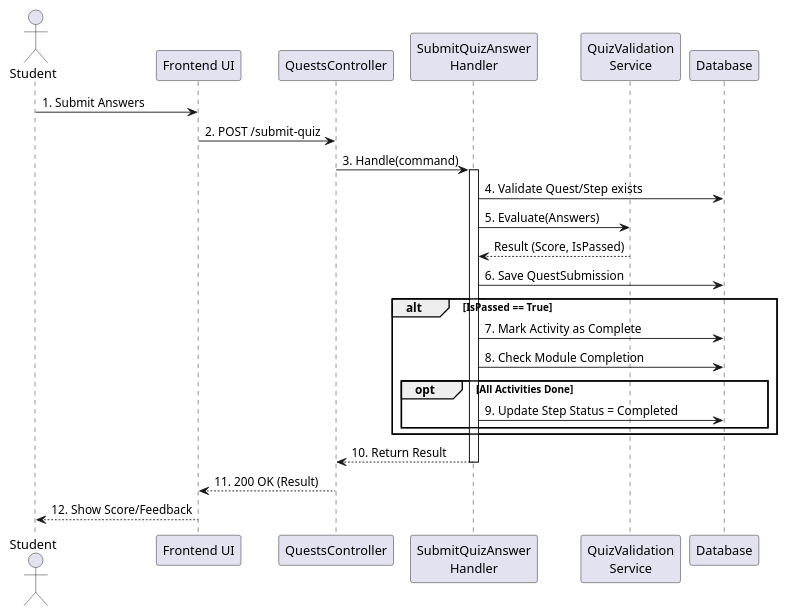
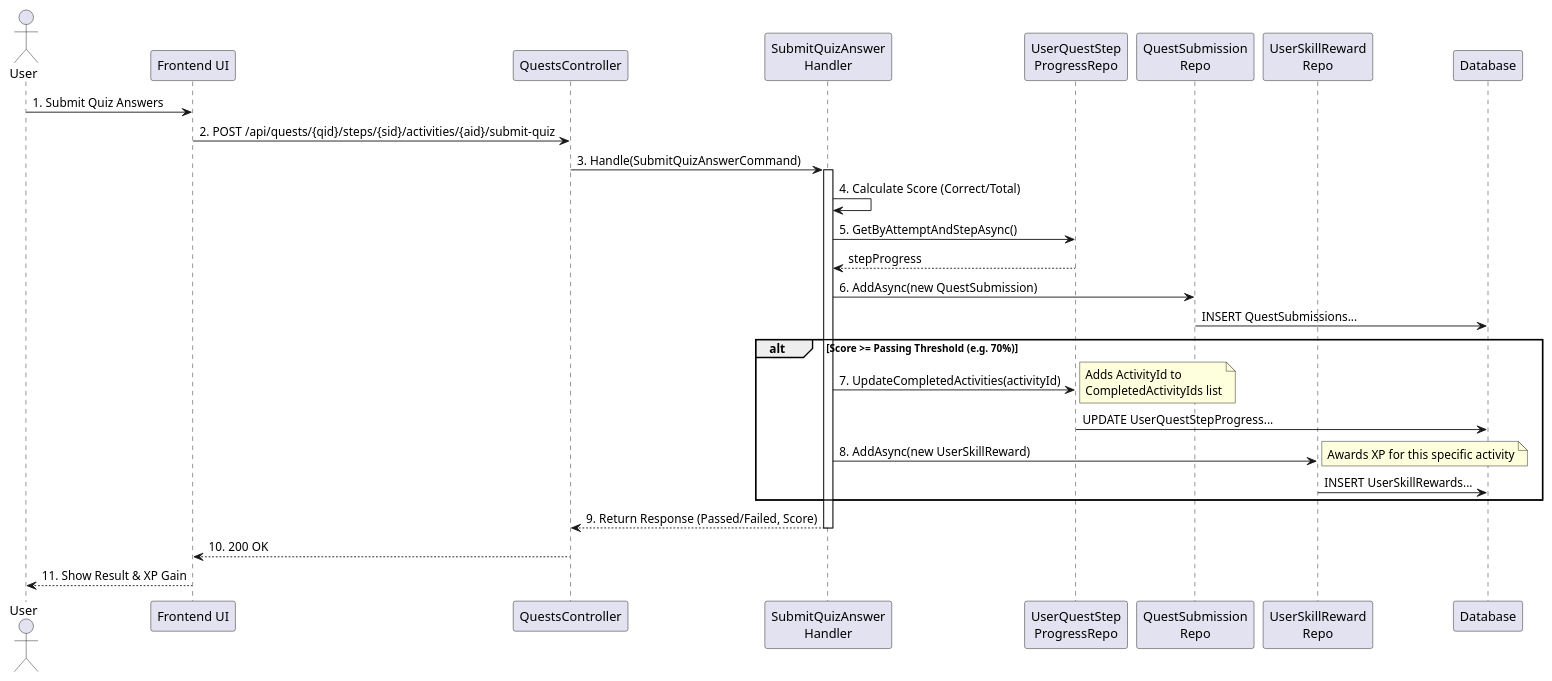
One commit to FA25SE050-RogueLearn/RogueLearn.BMAD.Documentation changed the diagram in docs/srs/diagrams/sequence-diagram/quest-learning/quiz-submission.puml. Above: the diagram before and after it, drawn with PlantUML. The commit also changed 13 other files, not shown here.

```diff
--- a/docs/srs/diagrams/sequence-diagram/quest-learning/quiz-submission.puml
+++ b/docs/srs/diagrams/sequence-diagram/quest-learning/quiz-submission.puml
@@ -2,34 +2,39 @@
 @startuml
-actor Student
+actor User
 participant "Frontend UI" as UI
 participant "QuestsController" as Controller
 participant "SubmitQuizAnswer\nHandler" as Handler
-participant "QuizValidation\nService" as Validator
+participant "UserQuestStep\nProgressRepo" as ProgressRepo
+participant "QuestSubmission\nRepo" as SubmissionRepo
+participant "UserSkillReward\nRepo" as XpRepo
 participant "Database" as DB
 
-Student -> UI : 1. Submit Answers
-UI -> Controller : 2. POST /submit-quiz
-Controller -> Handler : 3. Handle(command)
+User -> UI : 1. Submit Quiz Answers
+UI -> Controller : 2. POST /api/quests/{qid}/steps/{sid}/activities/{aid}/submit-quiz
+Controller -> Handler : 3. Handle(SubmitQuizAnswerCommand)
 
 activate Handler
-    Handler -> DB : 4. Validate Quest/Step exists
+    Handler -> Handler : 4. Calculate Score (Correct/Total)
     
-    Handler -> Validator : 5. Evaluate(Answers)
-    Validator --> Handler : Result (Score, IsPassed)
+    Handler -> ProgressRepo : 5. GetByAttemptAndStepAsync()
+    ProgressRepo --> Handler : stepProgress
     
-    Handler -> DB : 6. Save QuestSubmission
+    Handler -> SubmissionRepo : 6. AddAsync(new QuestSubmission)
+    SubmissionRepo -> DB : INSERT QuestSubmissions...
     
-    alt IsPassed == True
-        Handler -> DB : 7. Mark Activity as Complete
-        Handler -> DB : 8. Check Module Completion
-        opt All Activities Done
-            Handler -> DB : 9. Update Step Status = Completed
-        end
+    alt Score >= Passing Threshold (e.g. 70%)
+        Handler -> ProgressRepo : 7. UpdateCompletedActivities(activityId)
+        note right: Adds ActivityId to\nCompletedActivityIds list
+        ProgressRepo -> DB : UPDATE UserQuestStepProgress...
+        
+        Handler -> XpRepo : 8. AddAsync(new UserSkillReward)
+        note right: Awards XP for this specific activity
+        XpRepo -> DB : INSERT UserSkillRewards...
     end
     
-    Handler --> Controller : 10. Return Result
+    Handler --> Controller : 9. Return Response (Passed/Failed, Score)
 deactivate Handler
 
-Controller --> UI : 11. 200 OK (Result)
-UI --> Student : 12. Show Score/Feedback
+Controller --> UI : 10. 200 OK
+UI --> User : 11. Show Result & XP Gain
 @enduml
```
